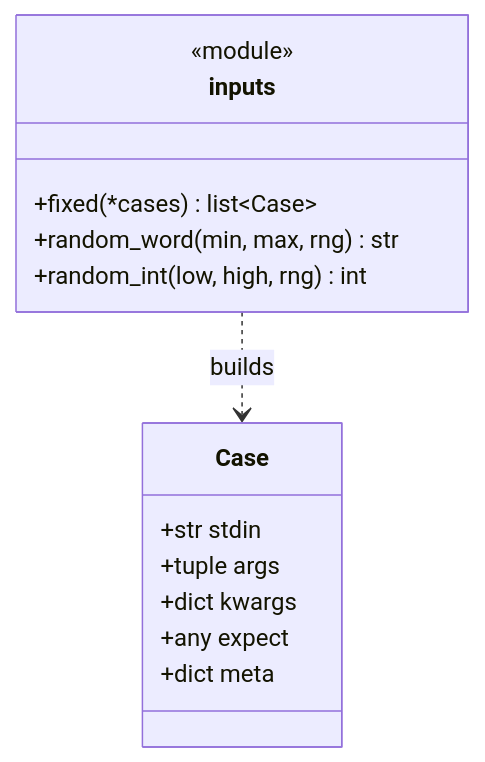
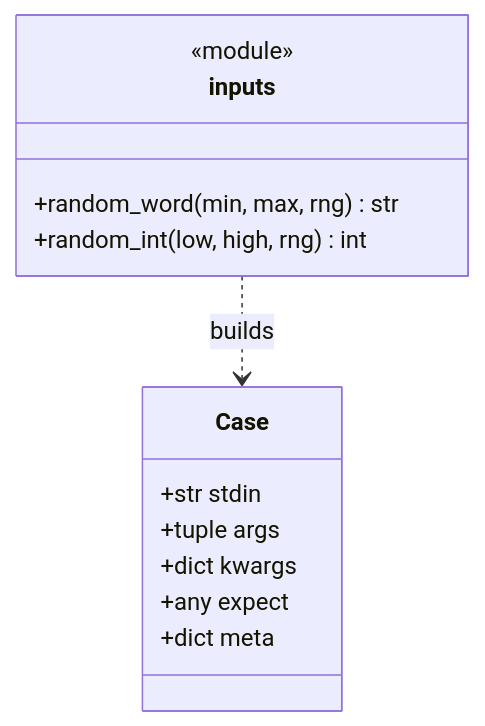
The seventh of 11 diagrams in docs/diagrams/engine-core.md (N041M/PyQuest), drawn with Mermaid before and after one commit. The commit also changed 16 other files, not shown here.

````diff
--- a/docs/diagrams/engine-core.md
+++ b/docs/diagrams/engine-core.md
@@ -179,17 +179,16 @@
 ```mermaid
 classDiagram
     class Case {
         +str stdin
         +tuple args
         +dict kwargs
         +any expect
         +dict meta
     }
     class inputs {
         <<module>>
-        +fixed(*cases) list~Case~
         +random_word(min, max, rng) str
         +random_int(low, high, rng) int
     }
     inputs ..> Case : builds
 ```
````
